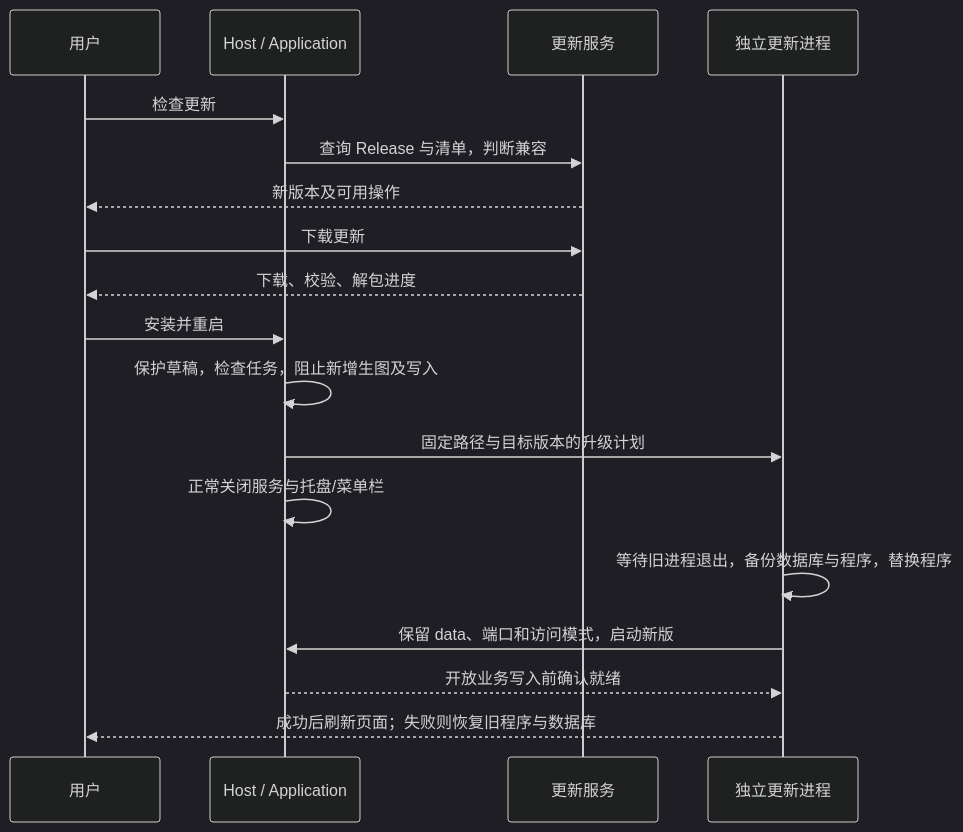
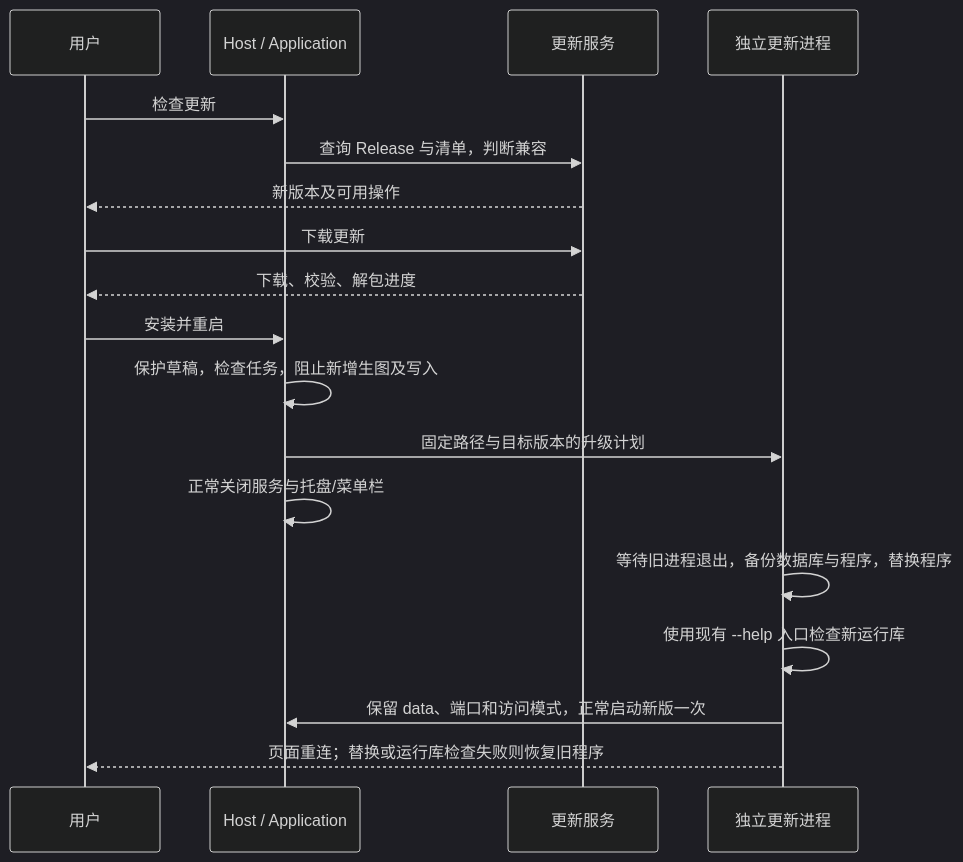
Before and after one commit to Lykr/pictide: the second of 2 diagrams in docs/zh-CN/dev/issues/application-updates.md, drawn with Mermaid (dark theme). The commit also changed other lines of this file and 15 other files, not shown here.

````diff
--- a/docs/zh-CN/dev/issues/application-updates.md
+++ b/docs/zh-CN/dev/issues/application-updates.md
@@ -78,20 +78,20 @@
 ```mermaid
 sequenceDiagram
     participant User as 用户
     participant App as Host / Application
     participant Up as 更新服务
     participant Helper as 独立更新进程
     User->>App: 检查更新
     App->>Up: 查询 Release 与清单，判断兼容
     Up-->>User: 新版本及可用操作
     User->>Up: 下载更新
     Up-->>User: 下载、校验、解包进度
     User->>App: 安装并重启
     App->>App: 保护草稿，检查任务，阻止新增生图及写入
     App->>Helper: 固定路径与目标版本的升级计划
     App->>App: 正常关闭服务与托盘/菜单栏
     Helper->>Helper: 等待旧进程退出，备份数据库与程序，替换程序
-    Helper->>App: 保留 data、端口和访问模式，启动新版
-    App-->>Helper: 开放业务写入前确认就绪
-    Helper-->>User: 成功后刷新页面；失败则恢复旧程序与数据库
+    Helper->>Helper: 使用现有 --help 入口检查新运行库
+    Helper->>App: 保留 data、端口和访问模式，正常启动新版一次
+    Helper-->>User: 页面重连；替换或运行库检查失败则恢复旧程序
 ```
````
